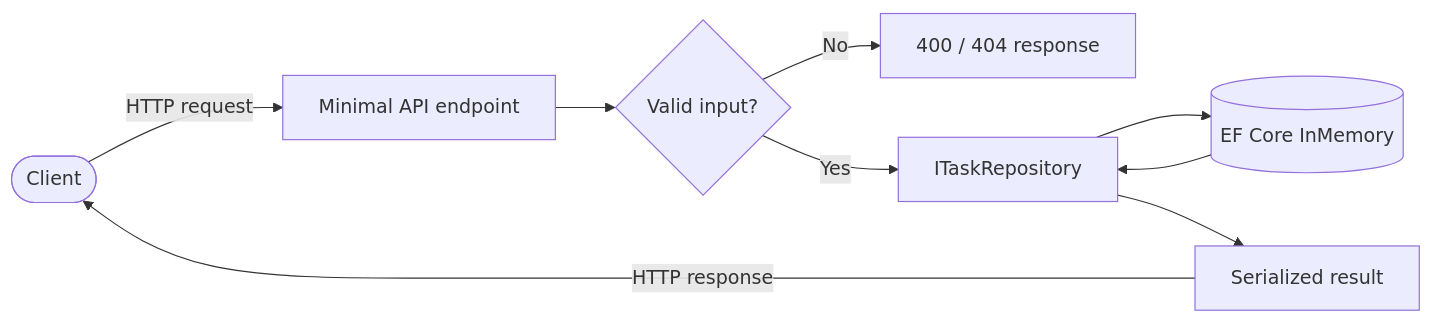
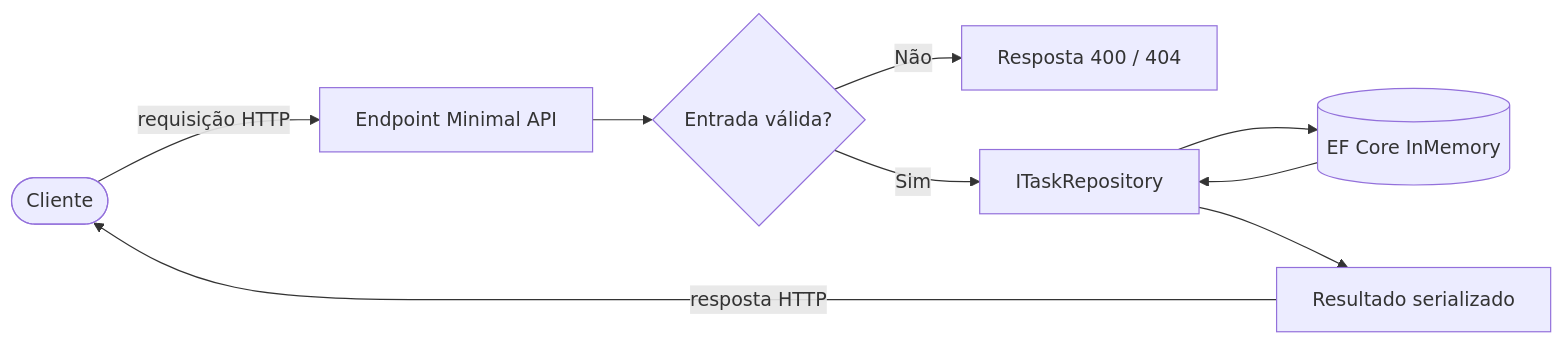
One commit to geoggrigori/tasks-api-dotnet changed the diagram in README.md. Above: the diagram before and after it, drawn with Mermaid. The commit also changed other lines of this file, not shown here.

````diff
--- a/README.md
+++ b/README.md
@@ -46,11 +66,11 @@
 ```mermaid
 flowchart LR
-    Client([Client]) -->|HTTP request| Endpoint[Minimal API endpoint]
-    Endpoint --> Validation{Valid input?}
-    Validation -->|No| BadRequest[400 / 404 response]
-    Validation -->|Yes| Repo[ITaskRepository]
+    Client([Cliente]) -->|requisição HTTP| Endpoint[Endpoint Minimal API]
+    Endpoint --> Validation{Entrada válida?}
+    Validation -->|Não| BadRequest[Resposta 400 / 404]
+    Validation -->|Sim| Repo[ITaskRepository]
     Repo --> EF[(EF Core InMemory)]
     EF --> Repo
-    Repo --> Response[Serialized result]
-    Response -->|HTTP response| Client
+    Repo --> Response[Resultado serializado]
+    Response -->|resposta HTTP| Client
 ```
````
